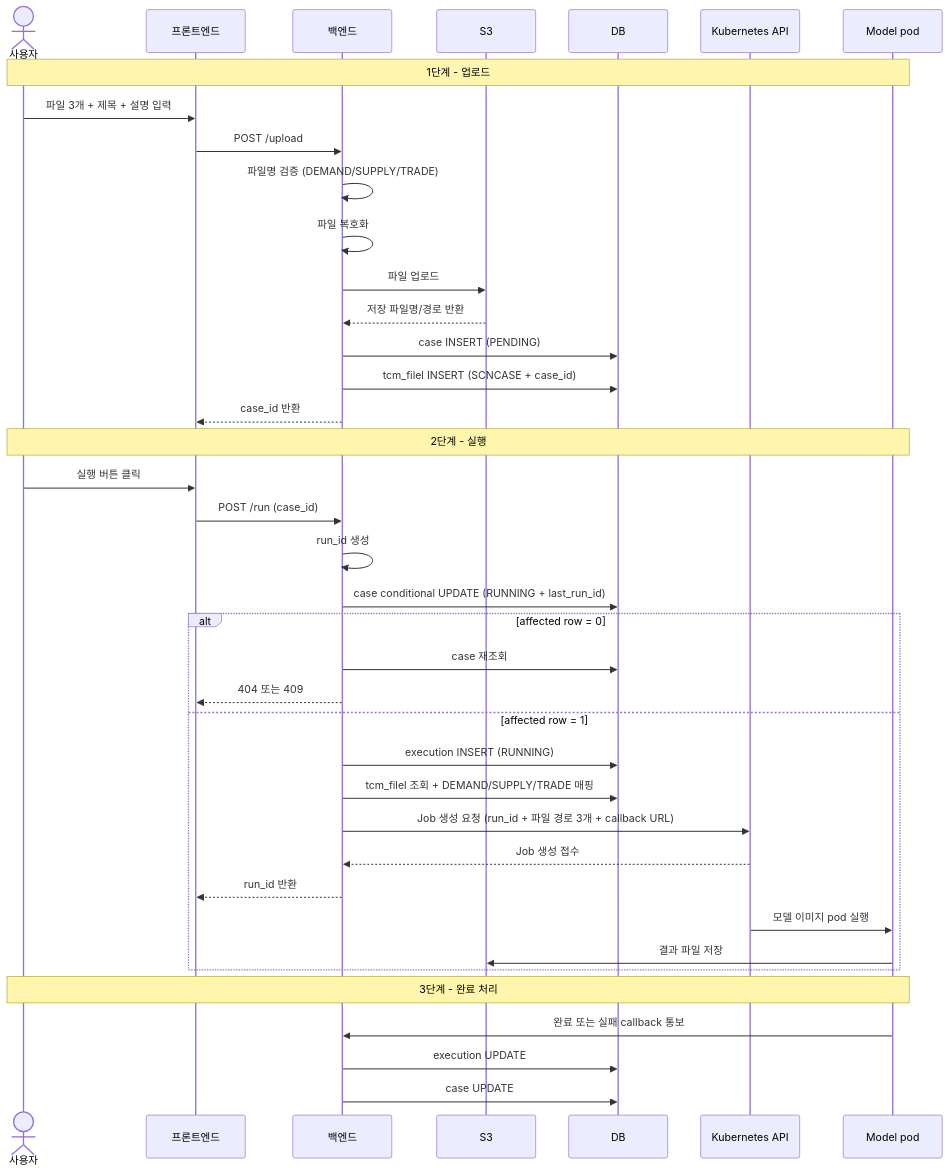
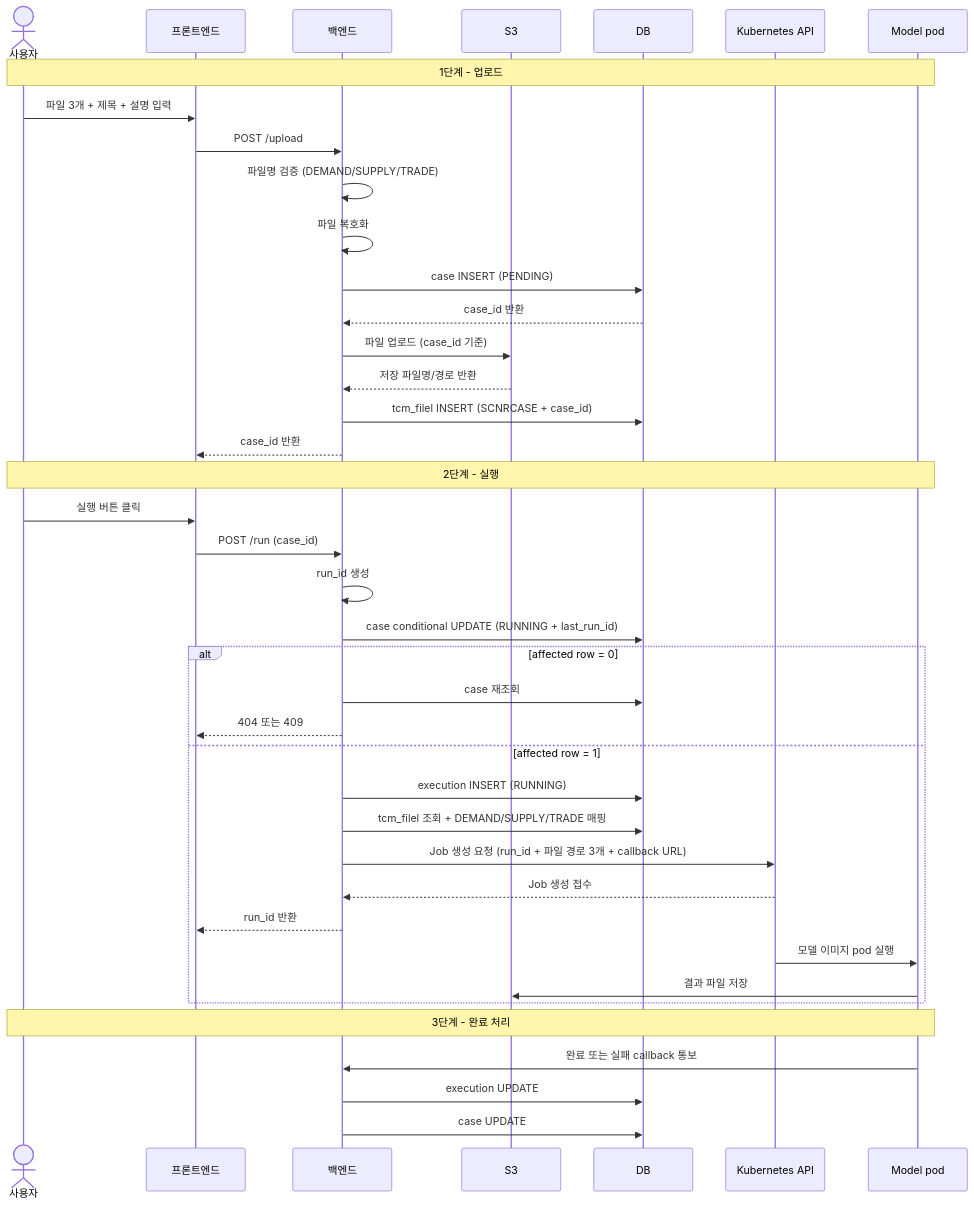
Before and after one commit to enkhbaatarL/backtend: the second of 4 diagrams in docs/design-docs/gas/scenario-case-execution-workflow-design-draft.md, drawn with Mermaid. The commit also changed other lines of this file and 41 other files, not shown here.

````diff
--- a/docs/design-docs/gas/scenario-case-execution-workflow-design-draft.md
+++ b/docs/design-docs/gas/scenario-case-execution-workflow-design-draft.md
@@ -385,47 +389,48 @@
 ```mermaid
 sequenceDiagram
     actor User as 사용자
     participant FE as 프론트엔드
     participant BE as 백엔드
     participant S3 as S3
     participant DB as DB
     participant K8S as Kubernetes API
     participant POD as Model pod
 
     Note over User,POD: 1단계 - 업로드
 
     User->>FE: 파일 3개 + 제목 + 설명 입력
     FE->>BE: POST /upload
     BE->>BE: 파일명 검증 (DEMAND/SUPPLY/TRADE)
     BE->>BE: 파일 복호화
-    BE->>S3: 파일 업로드
+    BE->>DB: case INSERT (PENDING)
+    DB-->>BE: case_id 반환
+    BE->>S3: 파일 업로드 (case_id 기준)
     S3-->>BE: 저장 파일명/경로 반환
-    BE->>DB: case INSERT (PENDING)
-    BE->>DB: tcm_filel INSERT (SCNCASE + case_id)
+    BE->>DB: tcm_filel INSERT (SCNRCASE + case_id)
     BE-->>FE: case_id 반환
 
     Note over User,POD: 2단계 - 실행
 
     User->>FE: 실행 버튼 클릭
     FE->>BE: POST /run (case_id)
     BE->>BE: run_id 생성
     BE->>DB: case conditional UPDATE (RUNNING + last_run_id)
     alt affected row = 0
         BE->>DB: case 재조회
         BE-->>FE: 404 또는 409
     else affected row = 1
         BE->>DB: execution INSERT (RUNNING)
         BE->>DB: tcm_filel 조회 + DEMAND/SUPPLY/TRADE 매핑
         BE->>K8S: Job 생성 요청 (run_id + 파일 경로 3개 + callback URL)
         K8S-->>BE: Job 생성 접수
         BE-->>FE: run_id 반환
         K8S->>POD: 모델 이미지 pod 실행
         POD->>S3: 결과 파일 저장
     end
 
     Note over User,POD: 3단계 - 완료 처리
 
     POD->>BE: 완료 또는 실패 callback 통보
     BE->>DB: execution UPDATE
     BE->>DB: case UPDATE
 ```
````
